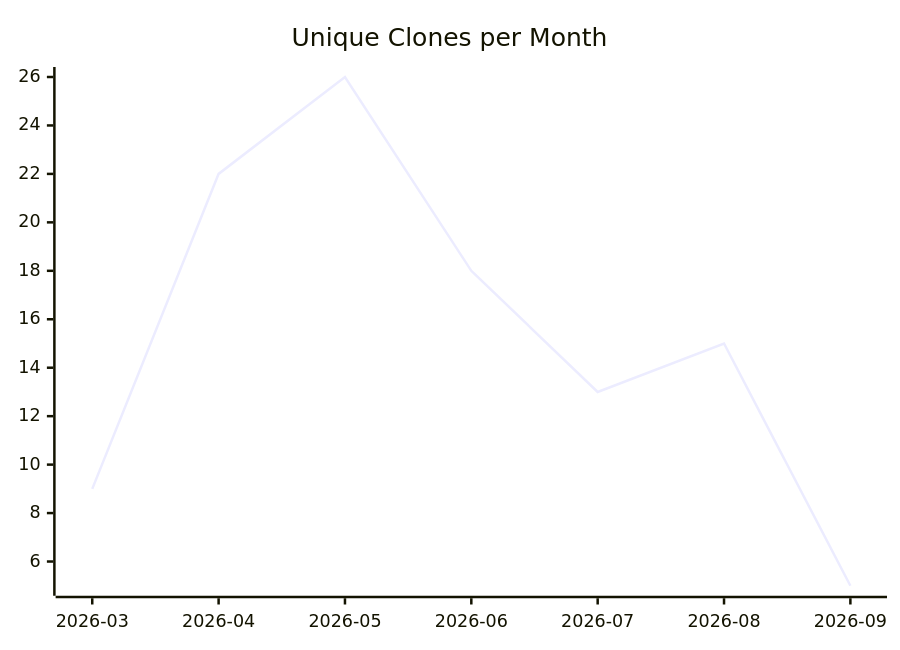
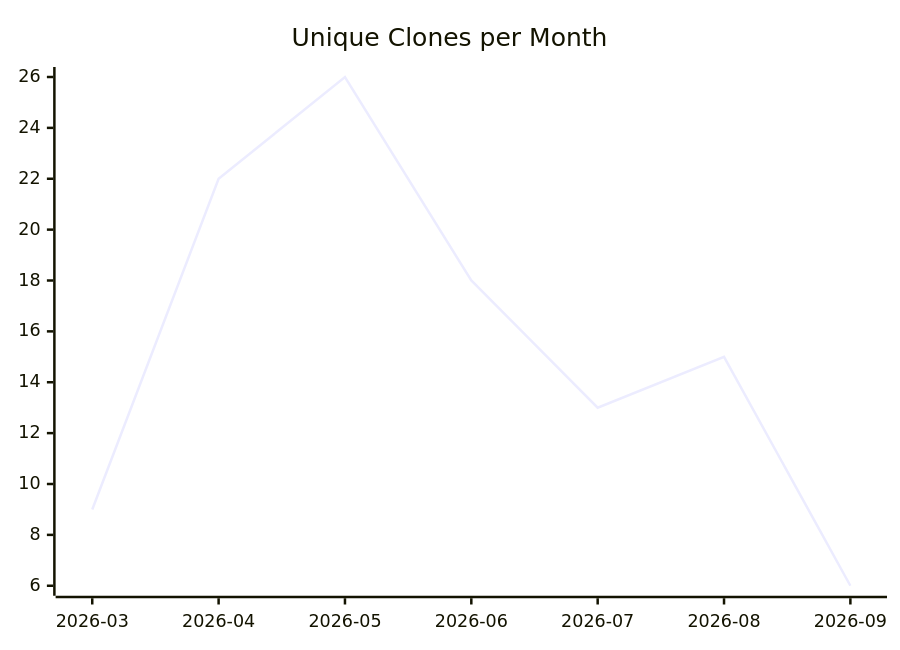
Before and after one commit to justdavis-family/github-analytics-data: the third of 3 diagrams in karlmdavis/lego-ev3dev-rs/README.md, drawn with Mermaid. The commit also changed other lines of this file and 193 other files, not shown here.

````diff
--- a/karlmdavis/lego-ev3dev-rs/README.md
+++ b/karlmdavis/lego-ev3dev-rs/README.md
@@ -19,6 +19,6 @@
 ```mermaid
 xychart-beta
   title "Unique Clones per Month"
   x-axis ["2026-03", "2026-04", "2026-05", "2026-06", "2026-07", "2026-08", "2026-09"]
-  line [9, 22, 26, 18, 13, 15, 5]
+  line [9, 22, 26, 18, 13, 15, 6]
 ```
````
